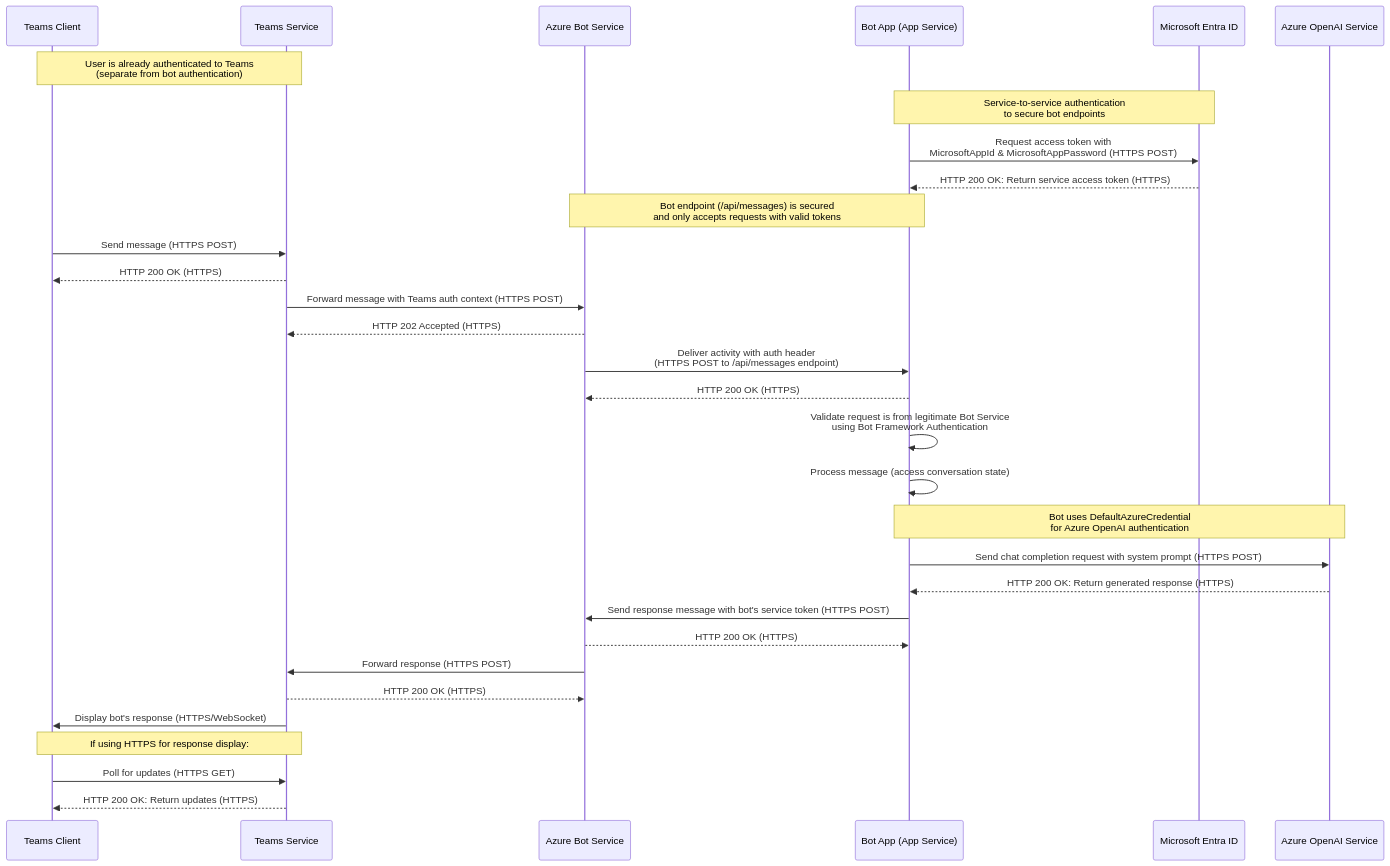
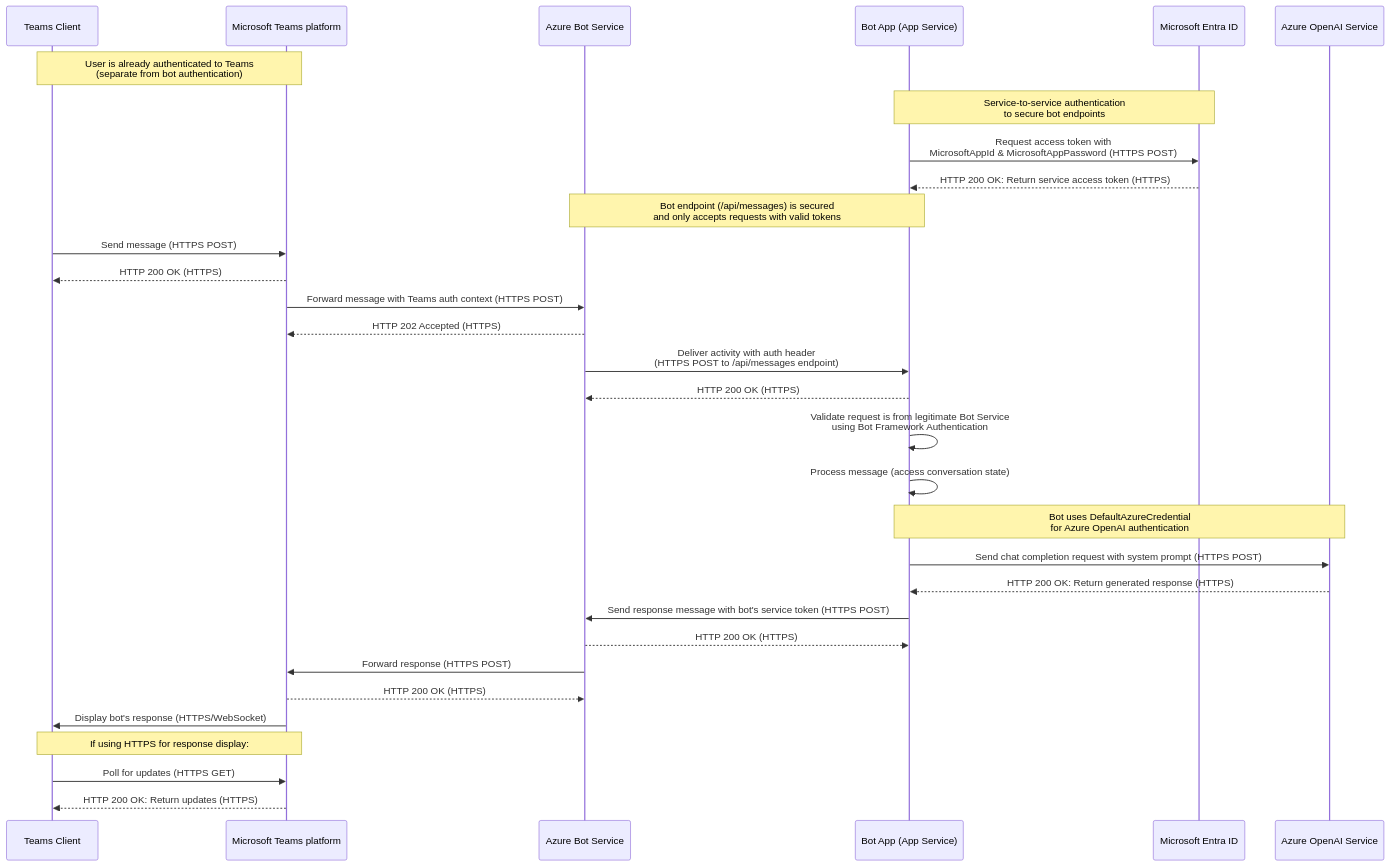
One commit to rukasakurai/SystemPromptSwitchingGPTBot changed the diagram in docs/sequence-diagram.md. Above: the diagram before and after it, drawn with Mermaid. The commit also changed other lines of this file, not shown here.

Commit message:
Update sequence diagram to clarify participant roles and enhance descriptions

````diff
--- a/docs/sequence-diagram.md
+++ b/docs/sequence-diagram.md
@@ -5,48 +5,48 @@
 ```mermaid
 sequenceDiagram
     participant User as Teams Client
-    participant TeamsService as Teams Service
+    participant TeamsService as Microsoft Teams platform
     participant BotService as Azure Bot Service
     participant Bot as Bot App (App Service)
     participant Entra as Microsoft Entra ID
     participant OpenAI as Azure OpenAI Service
 
     %% User is already authenticated to Teams (happens before bot interaction)
     Note over User,TeamsService: User is already authenticated to Teams<br/>(separate from bot authentication)
 
     %% Service-to-service authentication for securing API endpoints
     Note over Bot,Entra: Service-to-service authentication<br/>to secure bot endpoints
     Bot->>Entra: Request access token with<br/>MicrosoftAppId & MicrosoftAppPassword (HTTPS POST)
     Entra-->>Bot: HTTP 200 OK: Return service access token (HTTPS)
     Note over BotService,Bot: Bot endpoint (/api/messages) is secured<br/>and only accepts requests with valid tokens
 
     %% Initial message flow
     User->>TeamsService: Send message (HTTPS POST)
     TeamsService-->>User: HTTP 200 OK (HTTPS)
     TeamsService->>BotService: Forward message with Teams auth context (HTTPS POST)
     BotService-->>TeamsService: HTTP 202 Accepted (HTTPS)
     BotService->>Bot: Deliver activity with auth header<br/>(HTTPS POST to /api/messages endpoint)
     Bot-->>BotService: HTTP 200 OK (HTTPS)
 
     %% Bot validates incoming requests
     Bot->>Bot: Validate request is from legitimate Bot Service<br/>using Bot Framework Authentication
 
     %% Main message processing flow
     Bot->>Bot: Process message (access conversation state)
 
     %% Azure OpenAI interaction
     Note over Bot,OpenAI: Bot uses DefaultAzureCredential<br/>for Azure OpenAI authentication
     Bot->>OpenAI: Send chat completion request with system prompt (HTTPS POST)
     OpenAI-->>Bot: HTTP 200 OK: Return generated response (HTTPS)
 
     Bot->>BotService: Send response message with bot's service token (HTTPS POST)
     BotService-->>Bot: HTTP 200 OK (HTTPS)
     BotService->>TeamsService: Forward response (HTTPS POST)
     TeamsService-->>BotService: HTTP 200 OK (HTTPS)
     TeamsService->>User: Display bot's response (HTTPS/WebSocket)
 
     %% If using HTTPS for response display
     Note over TeamsService,User: If using HTTPS for response display:
     User->>TeamsService: Poll for updates (HTTPS GET)
     TeamsService-->>User: HTTP 200 OK: Return updates (HTTPS)
 ```
````
